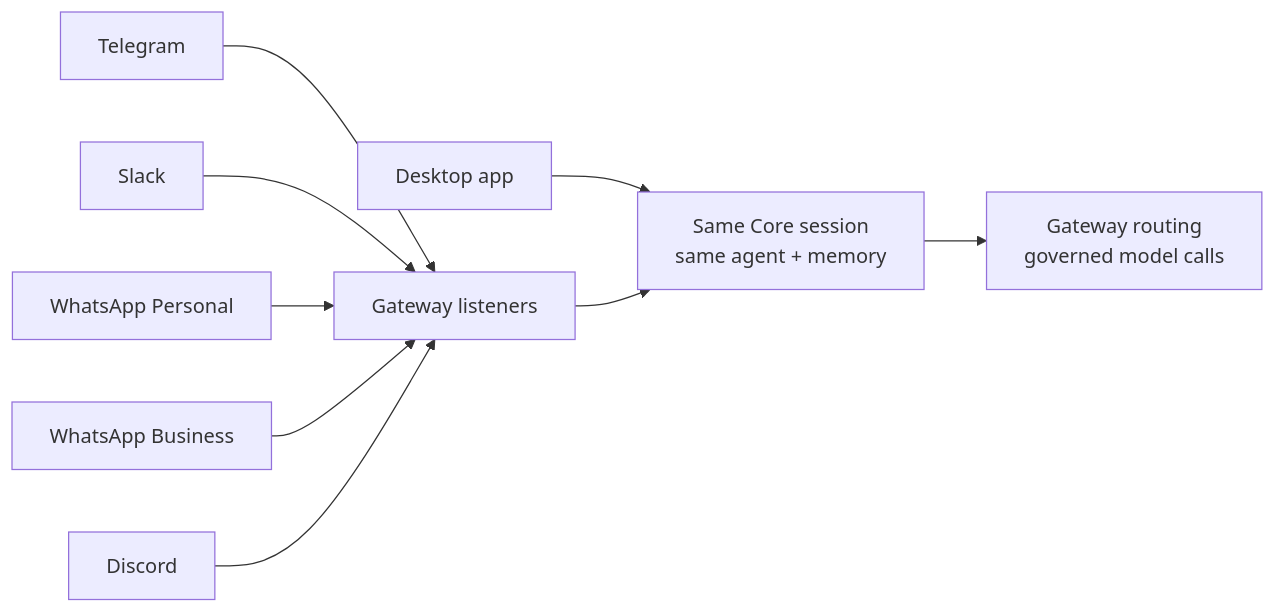
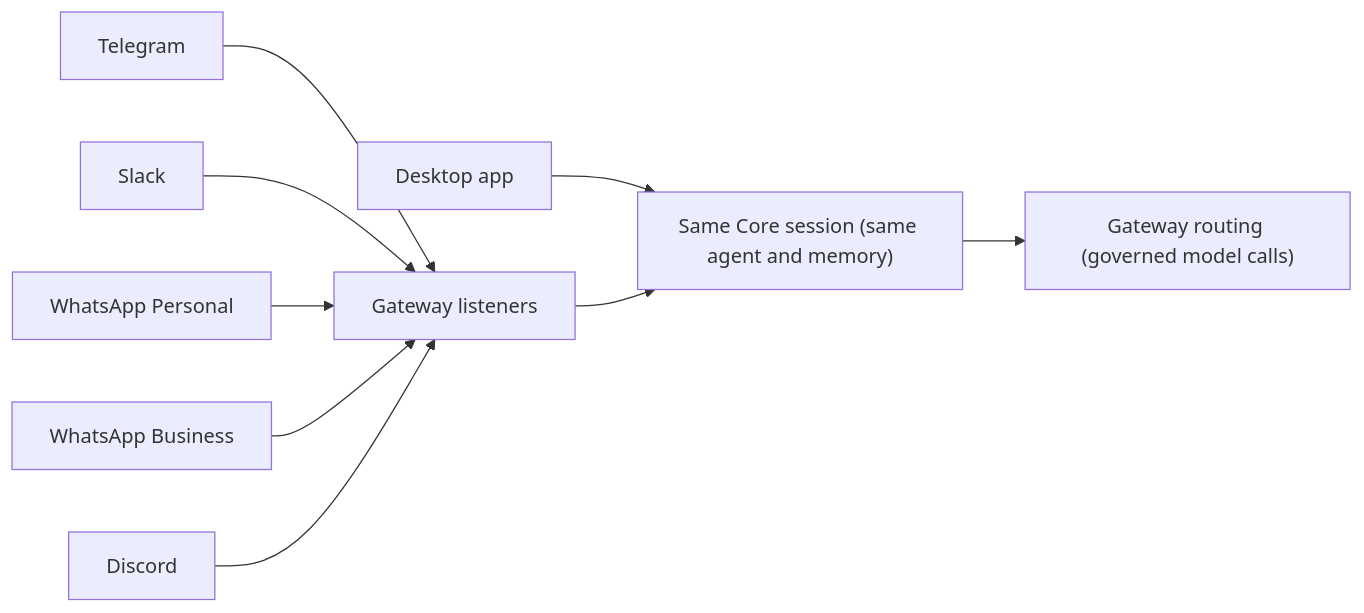
One commit to amajorai/ryu-docs changed the diagram in content/docs/learn/academy/cloud/channel-bots.mdx. Above: the diagram before and after it, drawn with Mermaid. The commit also changed other lines of this file and 2642 other files, not shown here.

````diff
--- a/content/docs/learn/academy/cloud/channel-bots.mdx
+++ b/content/docs/learn/academy/cloud/channel-bots.mdx
@@ -17,11 +17,11 @@
 ```mermaid
 flowchart LR
   D[Desktop app] --> Core
   TG[Telegram] --> L[Gateway listeners]
   SL[Slack] --> L
   WAP[WhatsApp Personal] --> L
   WAC[WhatsApp Business] --> L
   DC[Discord] --> L
-  L --> Core[Same Core session<br/>same agent + memory]
-  Core --> GW[Gateway routing<br/>governed model calls]
+  L --> Core["Same Core session (same agent and memory)"]
+  Core --> GW["Gateway routing (governed model calls)"]
 ```
````
